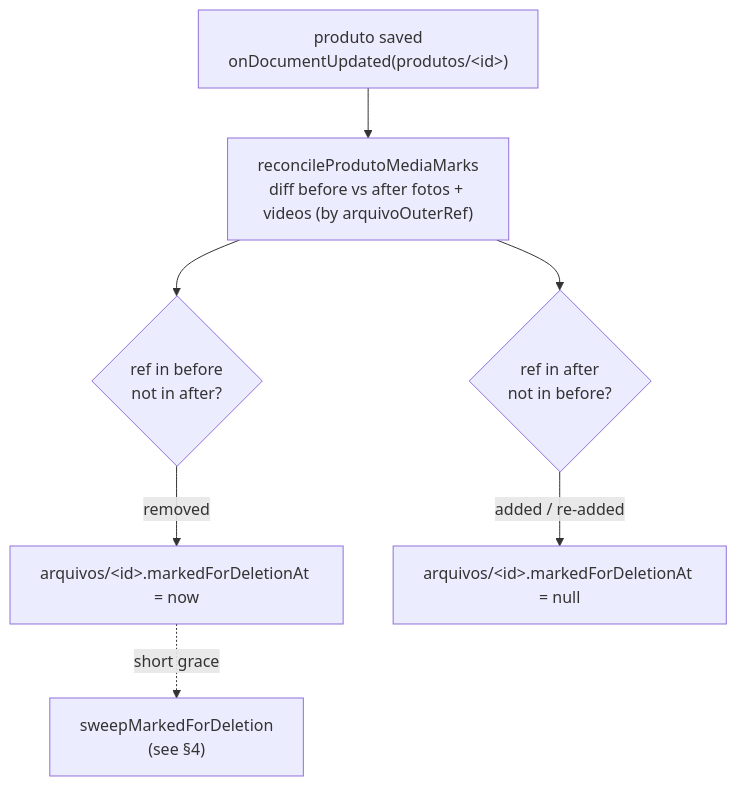
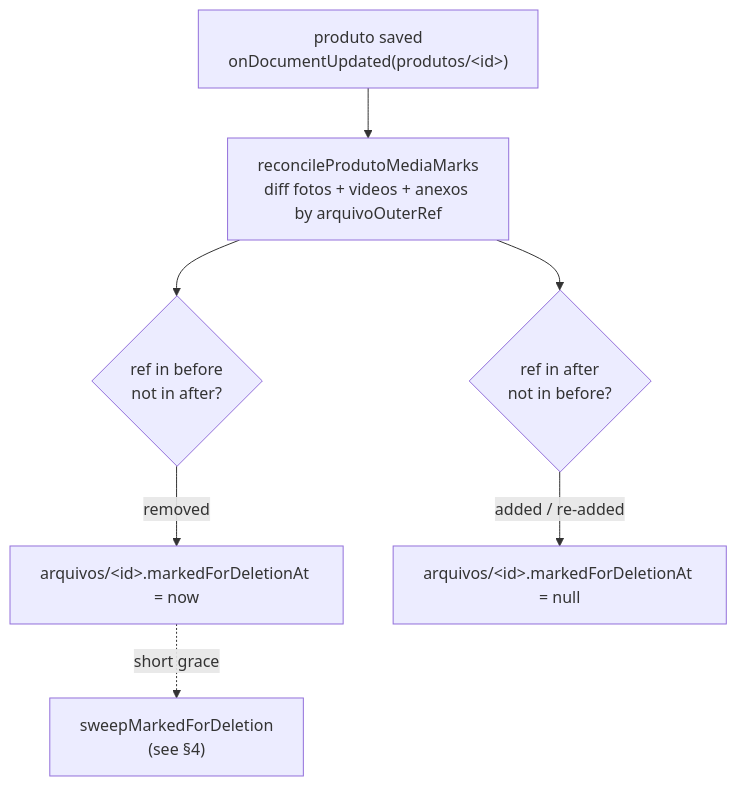
The third of 5 diagrams in apps/docs/src/content/docs/architecture/arquivo-lifecycle.md (Hinten/next_erp), drawn with Mermaid before and after one commit. The commit also changed other lines of this file and 35 other files, not shown here.

````diff
--- a/apps/docs/src/content/docs/architecture/arquivo-lifecycle.md
+++ b/apps/docs/src/content/docs/architecture/arquivo-lifecycle.md
@@ -128,10 +135,10 @@
 ```mermaid
 flowchart TD
     Edit["produto saved<br/>onDocumentUpdated(produtos/&lt;id&gt;)"]
-    Edit --> Diff["reconcileProdutoMediaMarks<br/>diff before vs after fotos + videos (by arquivoOuterRef)"]
+    Edit --> Diff["reconcileProdutoMediaMarks<br/>diff fotos + videos + anexos by arquivoOuterRef"]
     Diff --> Rem{ref in before<br/>not in after?}
     Rem -->|removed| Mark["arquivos/&lt;id&gt;.markedForDeletionAt = now"]
     Diff --> Add{ref in after<br/>not in before?}
     Add -->|added / re-added| Clear["arquivos/&lt;id&gt;.markedForDeletionAt = null"]
     Mark -.short grace.-> Sweep["sweepMarkedForDeletion<br/>(see §4)"]
 ```
````
